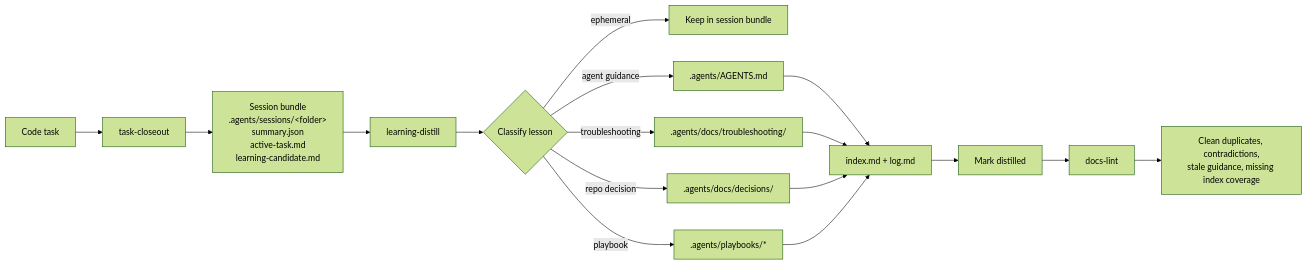
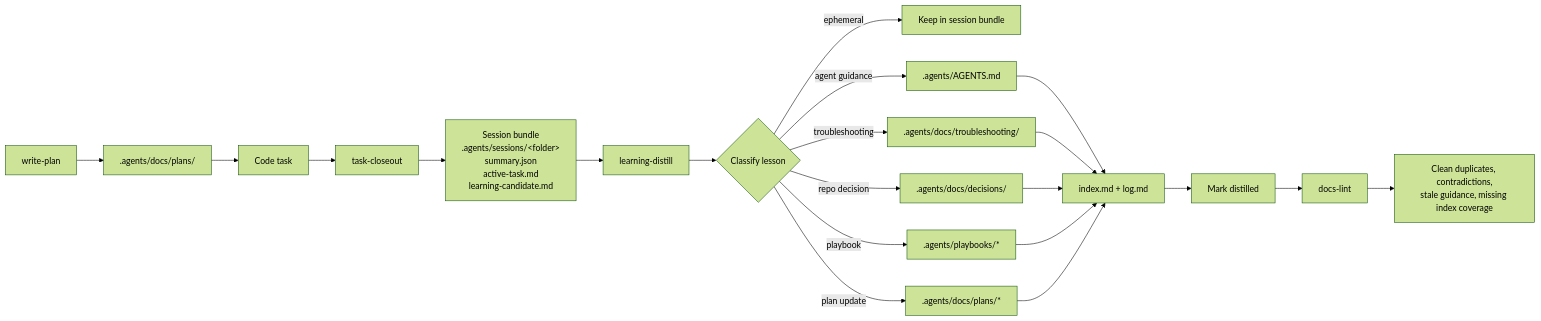
One commit to Hypercubed/Agent-Knowledge-Starter-Kit changed the diagram in README.md. Above: the diagram before and after it, drawn with Mermaid (forest theme). The commit also changed other lines of this file and 1 other file, not shown here.

First line of the commit message:
docs: add planning phase to architecture diagrams

````diff
--- a/README.md
+++ b/README.md
@@ -83,23 +84,27 @@
 ```mermaid
 flowchart LR
-    A[Code task] --> B[task-closeout]
+    A0[write-plan] --> A1[.agents/docs/plans/]
+    A1 --> A[Code task]
+    A --> B[task-closeout]
     B --> C[Session bundle<br/>.agents/sessions/&lt;folder&gt;<br/>summary.json<br/>active-task.md<br/>learning-candidate.md]
 
     C --> D[learning-distill]
     D --> E{Classify lesson}
 
     E -->|ephemeral| F[Keep in session bundle]
     E -->|agent guidance| G[.agents/AGENTS.md]
     E -->|troubleshooting| H[.agents/docs/troubleshooting/]
     E -->|repo decision| I[.agents/docs/decisions/]
     E -->|playbook| J[.agents/playbooks/*]
+    E -->|plan update| J2[.agents/docs/plans/*]
 
     G --> K[index.md + log.md]
     H --> K
     I --> K
     J --> K
+    J2 --> K
 
     K --> L[Mark distilled]
     L --> M[docs-lint]
     M --> N[Clean duplicates, contradictions,<br/>stale guidance, missing index coverage]
 ```
````
